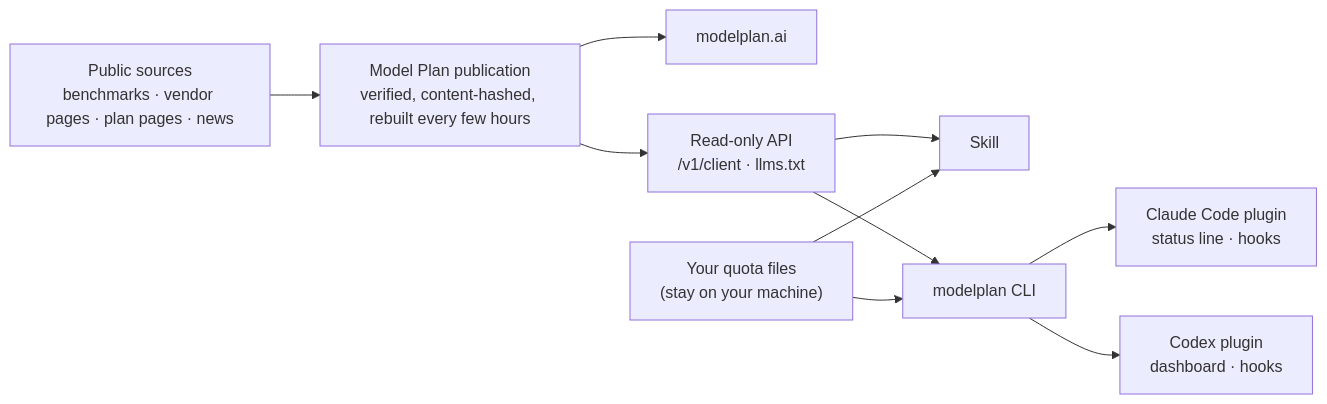
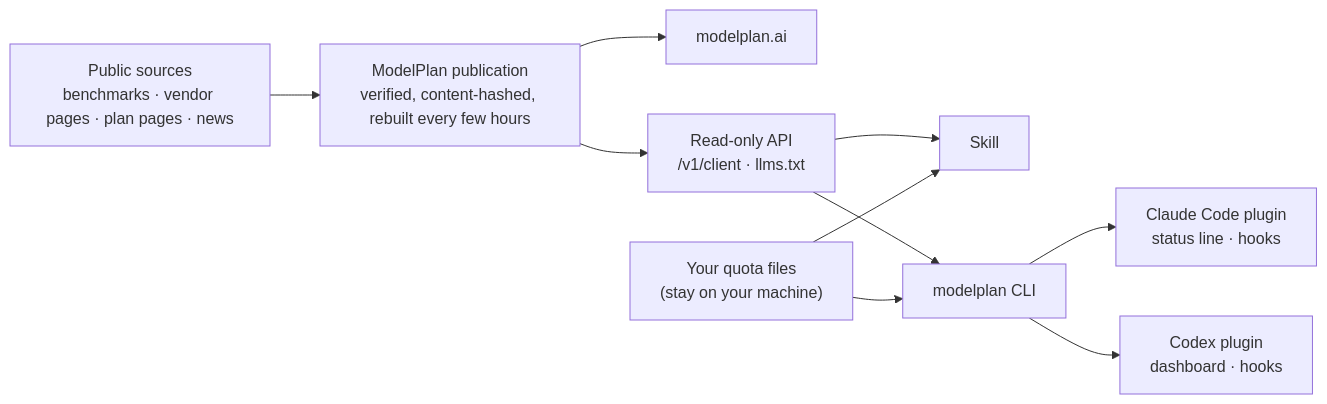
The diagram in README.md (modelplan/modelplan), drawn with Mermaid before and after one commit. The commit also changed other lines of this file and 84 other files, not shown here.

Commit message:
fix: standardize public display names as ModelPlan

````diff
--- a/README.md
+++ b/README.md
@@ -149,12 +149,12 @@
 ```mermaid
 flowchart LR
-  S["Public sources<br/>benchmarks · vendor pages · plan pages · news"] --> P["Model Plan publication<br/>verified, content-hashed, rebuilt every few hours"]
+  S["Public sources<br/>benchmarks · vendor pages · plan pages · news"] --> P["ModelPlan publication<br/>verified, content-hashed, rebuilt every few hours"]
   P --> W["modelplan.ai"]
   P --> A["Read-only API<br/>/v1/client · llms.txt"]
   A --> K["Skill"]
   A --> C["modelplan CLI"]
   C --> CC["Claude Code plugin<br/>status line · hooks"]
   C --> CX["Codex plugin<br/>dashboard · hooks"]
   Q["Your quota files<br/>(stay on your machine)"] --> C
   Q --> K
 ```
````
